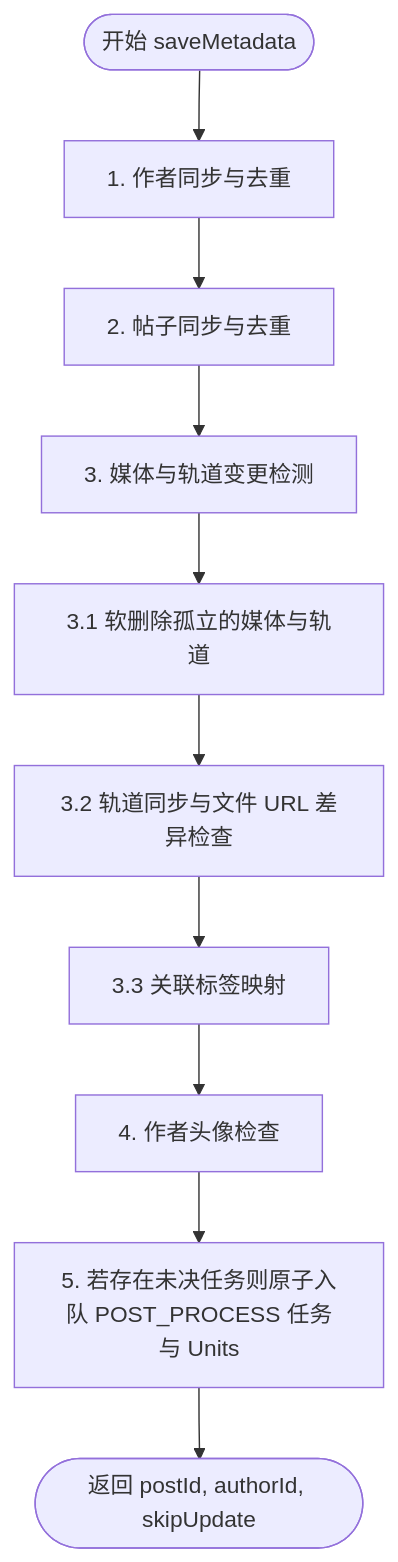
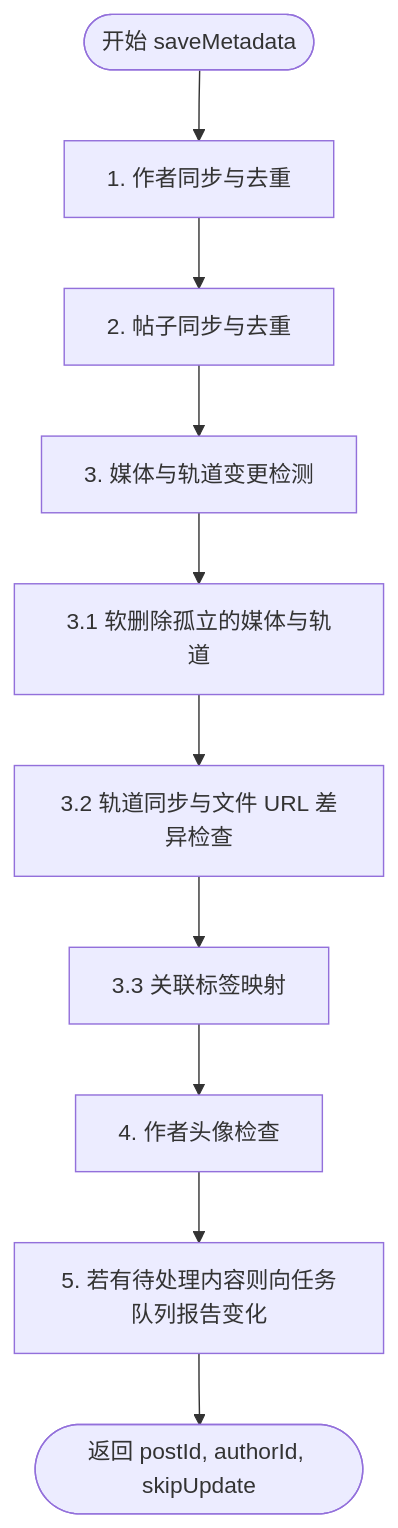
Before and after one commit to stariverr/stationary: the diagram in docs/save_metadata_flow.zh-Hans.md, drawn with Mermaid. The commit also changed other lines of this file and 14 other files, not shown here.

````diff
--- a/docs/save_metadata_flow.zh-Hans.md
+++ b/docs/save_metadata_flow.zh-Hans.md
@@ -19,12 +19,12 @@
 ```mermaid
 graph TD
     Start([开始 saveMetadata]) --> Step1[1. 作者同步与去重]
     Step1 --> Step2[2. 帖子同步与去重]
     Step2 --> Step3[3. 媒体与轨道变更检测]
     Step3 --> Step3_1[3.1 软删除孤立的媒体与轨道]
     Step3_1 --> Step3_2[3.2 轨道同步与文件 URL 差异检查]
     Step3_2 --> Step3_3[3.3 关联标签映射]
     Step3_3 --> Step4[4. 作者头像检查]
-    Step4 --> Step5[5. 若存在未决任务则原子入队 POST_PROCESS 任务与 Units]
+    Step4 --> Step5[5. 若有待处理内容则向任务队列报告变化]
     Step5 --> End([返回 postId, authorId, skipUpdate])
 ```
````
